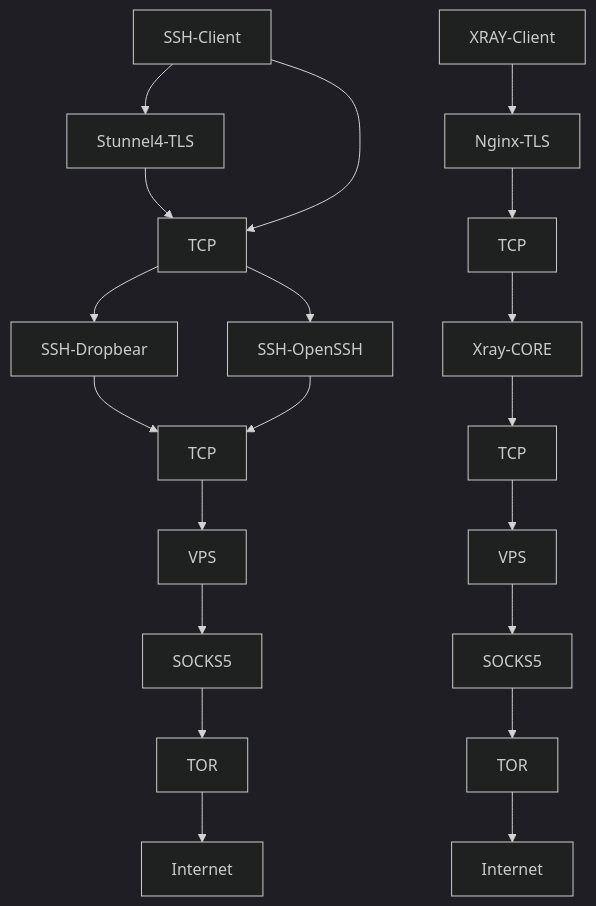
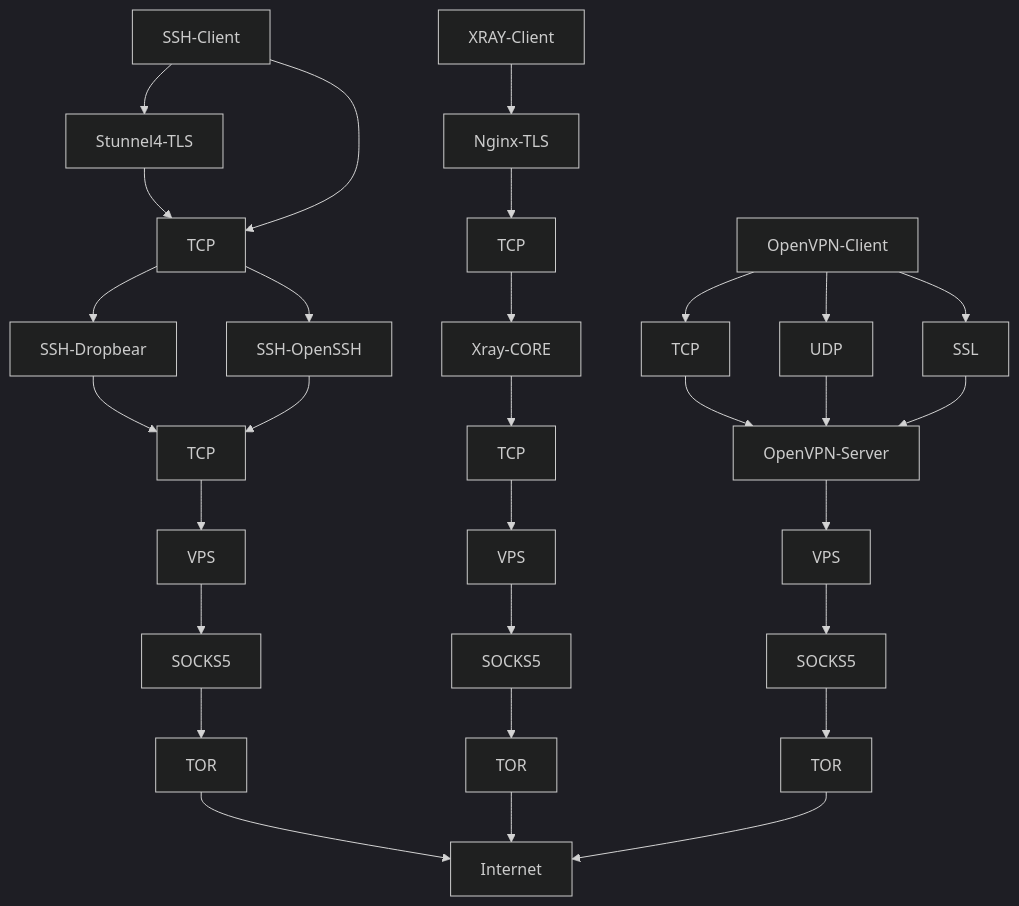
The diagram in ssh/tor.md (givps/AutoScriptXray), drawn with Mermaid (dark theme) before and after one commit.

````diff
--- a/ssh/tor.md
+++ b/ssh/tor.md
@@ -3,6 +3,9 @@
 ```mermaid
 graph TD;
-1[SSH-Client]-->2[Stunnel4-TLS]-->3[TCP]-->4[SSH-Dropbear]-->6[TCP]-->7[VPS]-->8[SOCKS5]-->9[TOR]-->10[Internet];
+1[SSH-Client]-->2[Stunnel4-TLS]-->3[TCP]-->4[SSH-Dropbear]-->6[TCP]-->7[VPS]-->8[SOCKS5]-->9[TOR]-->19[Internet];
 1[SSH-Client]-->3[TCP]-->5[SSH-OpenSSH]-->6[TCP];
-A[XRAY-Client]-->B[Nginx-TLS]-->C[TCP]-->D[Xray-CORE]-->E[TCP]-->F[VPS]-->G[SOCKS5]-->H[TOR]-->I[Internet];
+A[XRAY-Client]-->B[Nginx-TLS]-->C[TCP]-->D[Xray-CORE]-->E[TCP]-->F[VPS]-->G[SOCKS5]-->H[TOR]-->19[Internet];
+11[OpenVPN-Client]-->12[TCP]-->15[OpenVPN-Server]-->16[VPS]-->17[SOCKS5]-->18[TOR]-->19[Internet];
+11[OpenVPN-Client]-->13[UDP]-->15[OpenVPN-Server];
+11[OpenVPN-Client]-->14[SSL]-->15[OpenVPN-Server];
 ```
````
